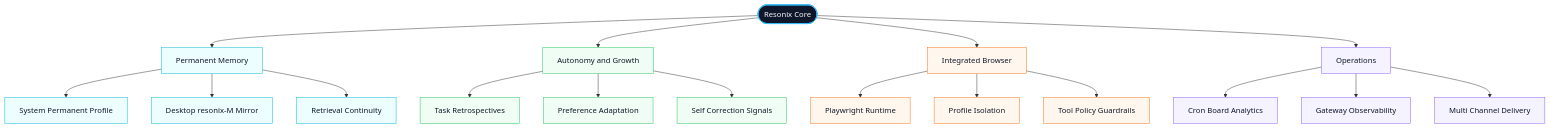
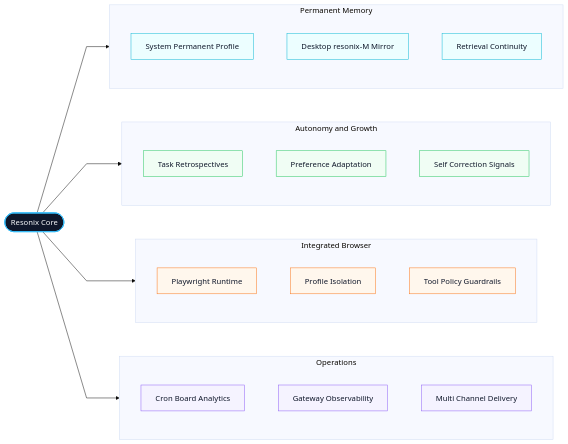
The first of 2 diagrams in README.md (mangiapanejohn-dev/Resonix-AG), drawn with Mermaid before and after one commit.

Commit message:
docs(readme): widen capability map layout and readability

````diff
--- a/README.md
+++ b/README.md
@@ -44,36 +44,50 @@
 ```mermaid
-flowchart TB
+%%{init: {'theme':'base', 'flowchart': {'nodeSpacing': 70, 'rankSpacing': 95, 'curve': 'linear'}}}%%
+flowchart LR
   R([Resonix Core])
-  R --> M[Permanent Memory]
-  R --> A[Autonomy and Growth]
-  R --> B[Integrated Browser]
-  R --> O[Operations]
 
-  M --> M1[System Permanent Profile]
-  M --> M2[Desktop resonix-M Mirror]
-  M --> M3[Retrieval Continuity]
+  subgraph M[Permanent Memory]
+    direction TB
+    M1[System Permanent Profile]
+    M2[Desktop resonix-M Mirror]
+    M3[Retrieval Continuity]
+  end
 
-  A --> A1[Task Retrospectives]
-  A --> A2[Preference Adaptation]
-  A --> A3[Self Correction Signals]
+  subgraph A[Autonomy and Growth]
+    direction TB
+    A1[Task Retrospectives]
+    A2[Preference Adaptation]
+    A3[Self Correction Signals]
+  end
 
-  B --> B1[Playwright Runtime]
-  B --> B2[Profile Isolation]
-  B --> B3[Tool Policy Guardrails]
+  subgraph B[Integrated Browser]
+    direction TB
+    B1[Playwright Runtime]
+    B2[Profile Isolation]
+    B3[Tool Policy Guardrails]
+  end
 
-  O --> O1[Cron Board Analytics]
-  O --> O2[Gateway Observability]
-  O --> O3[Multi Channel Delivery]
+  subgraph O[Operations]
+    direction TB
+    O1[Cron Board Analytics]
+    O2[Gateway Observability]
+    O3[Multi Channel Delivery]
+  end
+
+  R --> M
+  R --> A
+  R --> B
+  R --> O
 
   classDef core fill:#0f172a,color:#f8fafc,stroke:#38bdf8,stroke-width:2px;
   classDef memory fill:#ecfeff,color:#0f172a,stroke:#06b6d4,stroke-width:1px;
   classDef growth fill:#f0fdf4,color:#0f172a,stroke:#22c55e,stroke-width:1px;
   classDef browser fill:#fff7ed,color:#0f172a,stroke:#f97316,stroke-width:1px;
   classDef ops fill:#f5f3ff,color:#0f172a,stroke:#8b5cf6,stroke-width:1px;
 
   class R core;
-  class M,M1,M2,M3 memory;
-  class A,A1,A2,A3 growth;
-  class B,B1,B2,B3 browser;
-  class O,O1,O2,O3 ops;
+  class M1,M2,M3 memory;
+  class A1,A2,A3 growth;
+  class B1,B2,B3 browser;
+  class O1,O2,O3 ops;
 ```
````
